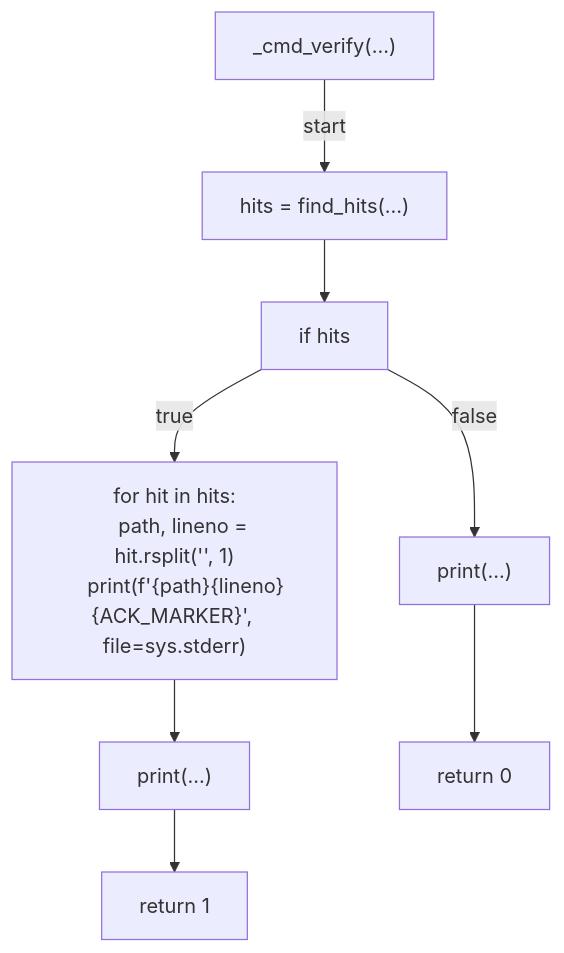
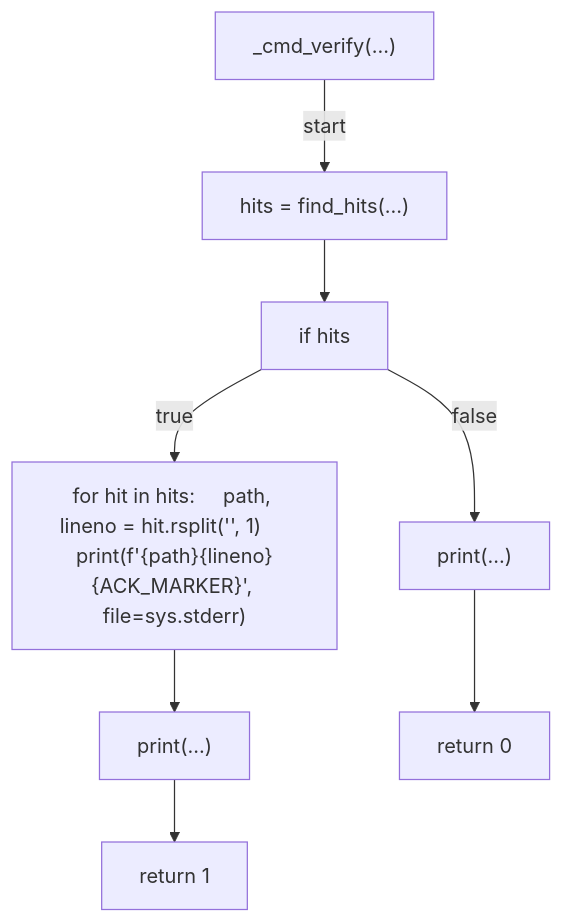
Before and after one commit to tvna/claude-md: the fourth of 6 diagrams in docs/generated/scripts/ast/scan_compile_from_source.md, drawn with Mermaid. The commit also changed other lines of this file and 29 other files, not shown here.

First line of the commit message:
docs(generated): regenerate decision tree and workflow diagrams (batch 3/5)

````diff
--- a/docs/generated/scripts/ast/scan_compile_from_source.md
+++ b/docs/generated/scripts/ast/scan_compile_from_source.md
@@ -61,20 +48,18 @@
 ```mermaid
 flowchart TD
     N001["_cmd_verify(...)"]
     N002["hits = find_hits(...)"]
     N003["if hits"]
-    N004["for hit in hits:
-    path, lineno = hit.rsplit('<str>', 1)
-    print(f'<str>{path}<str>{lineno}<str>{ACK_MARKER}<str>', file=sys.stderr)"]
+    N004["for hit in hits:     path, lineno = hit.rsplit('<str>', 1)     print(f'<str>{path}<str>{lineno}<str>{ACK_MARKER}<str>', file=sys.stderr)"]
     N005["print(...)"]
     N006["return 1"]
     N007["print(...)"]
     N008["return 0"]
     N001 -->|"start"| N002
     N002 --> N003
     N003 -->|"true"| N004
     N004 --> N005
     N005 --> N006
     N003 -->|"false"| N007
     N007 --> N008
 ```
````
